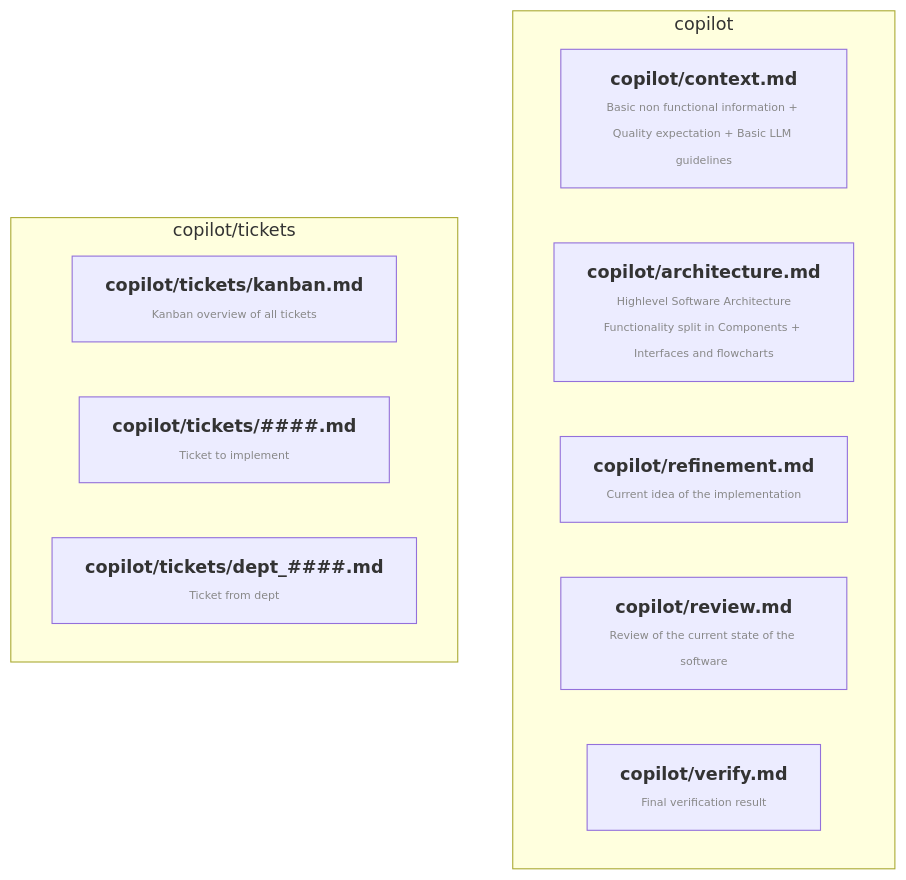
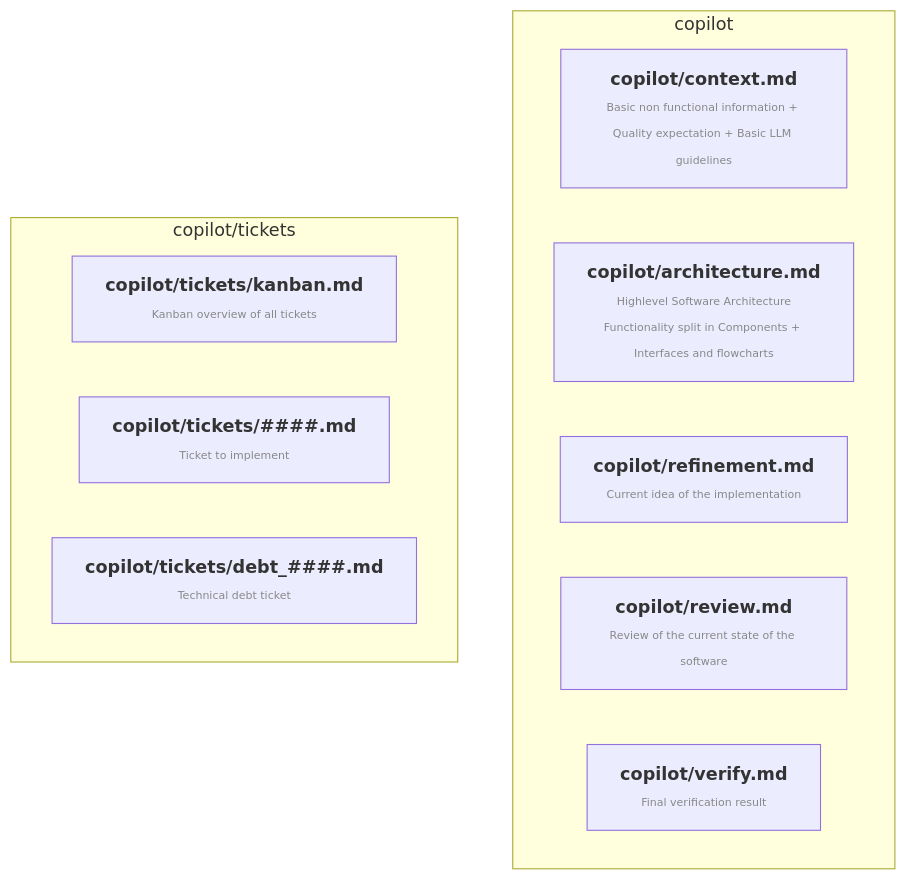
Before and after one commit to MaximilianMayr94/skills: the second of 3 diagrams in README.md, drawn with Mermaid. The commit also changed other lines of this file and 20 other files, not shown here.

````diff
--- a/README.md
+++ b/README.md
@@ -46,17 +46,17 @@
 ```mermaid
 flowchart TB
 
     subgraph copilot[copilot]
         C1["<b>copilot/context.md</b><br/><span style='font-size:10px;color:#888'>Basic non functional information + Quality expectation + Basic LLM guidelines</span>"]
         C2["<b>copilot/architecture.md</b><br/><span style='font-size:10px;color:#888'>Highlevel Software Architecture<br/>Functionality split in Components + Interfaces and flowcharts</span>"]
         C3["<b>copilot/refinement.md</b><br/><span style='font-size:10px;color:#888'>Current idea of the implementation</span>"]
         C9["<b>copilot/review.md</b><br/><span style='font-size:10px;color:#888'>Review of the current state of the software</span>"]
         C10["<b>copilot/verify.md</b><br/><span style='font-size:10px;color:#888'>Final verification result</span>"]
     end
 
     subgraph tickets[copilot/tickets]
         C4["<b>copilot/tickets/kanban.md</b><br/><span style='font-size:10px;color:#888'>Kanban overview of all tickets</span>"]
         C5["<b>copilot/tickets/####.md</b><br/><span style='font-size:10px;color:#888'>Ticket to implement</span>"]
-        C8["<b>copilot/tickets/dept_####.md</b><br/><span style='font-size:10px;color:#888'>Ticket from dept</span>"]
+        C8["<b>copilot/tickets/debt_####.md</b><br/><span style='font-size:10px;color:#888'>Technical debt ticket</span>"]
     end
 ```
````
